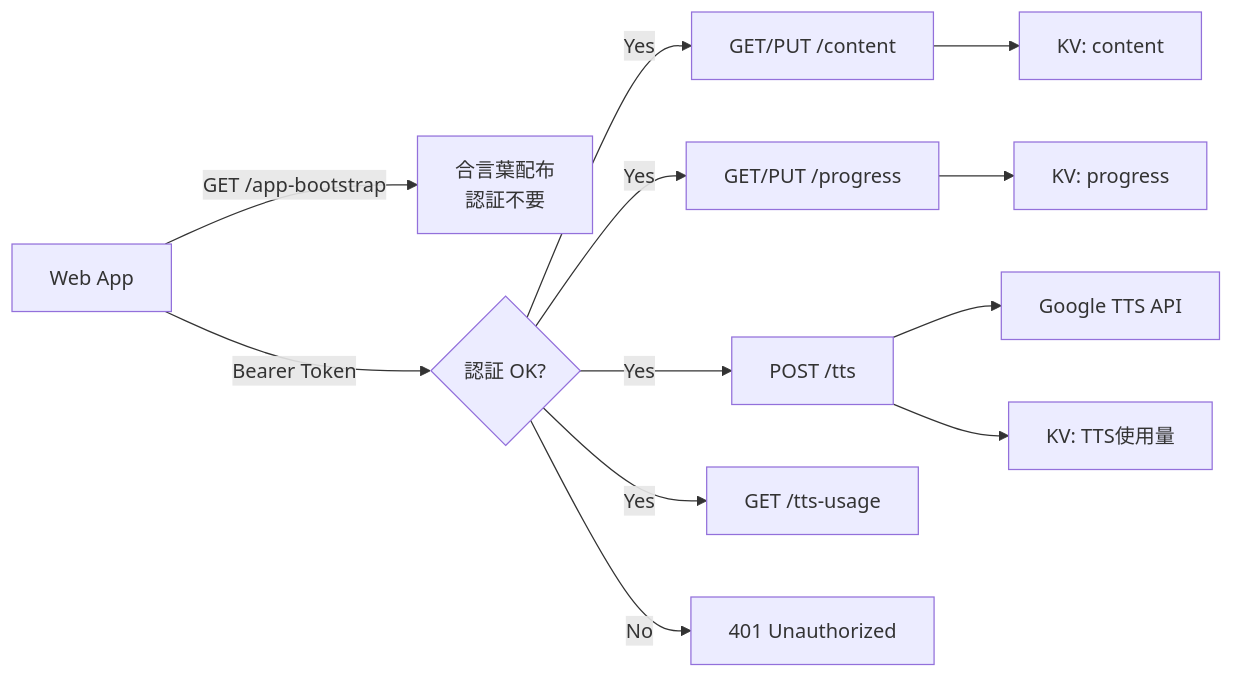
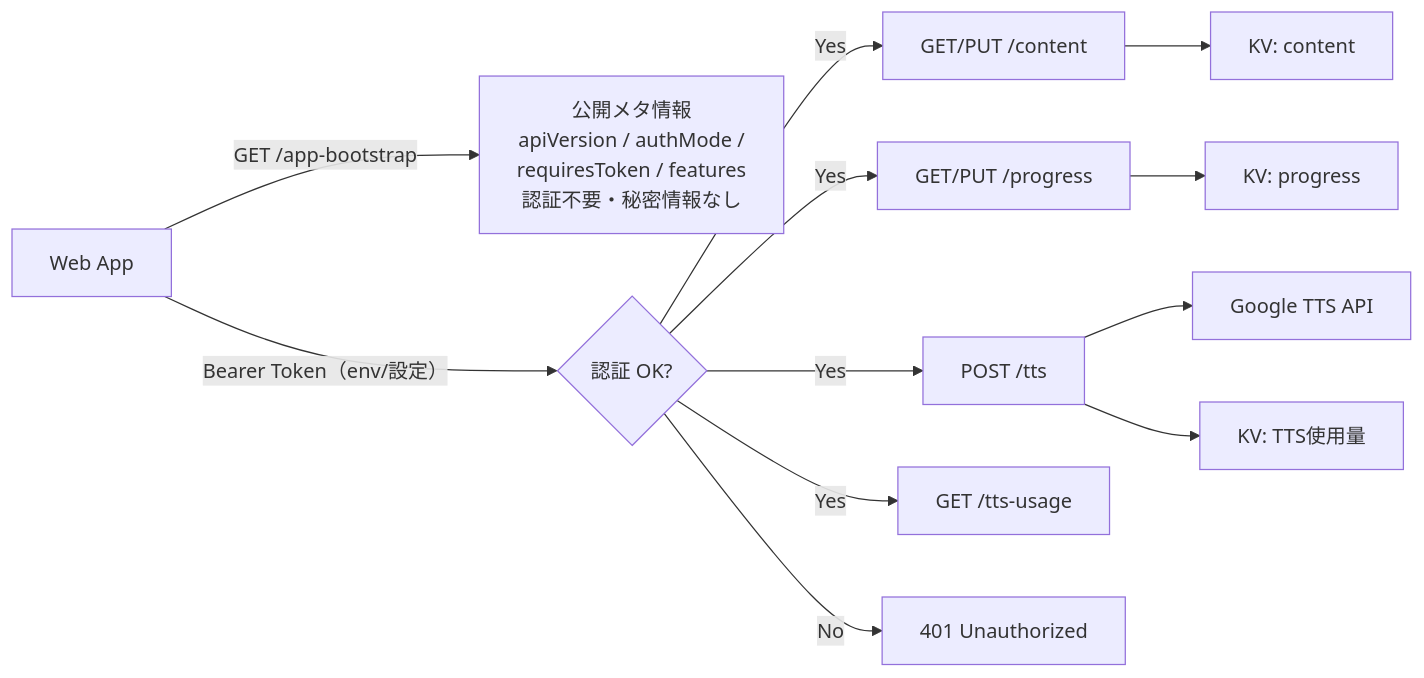
Before and after one commit to ByungsooLee/ielts-study: the fourth of 9 diagrams in docs/システム構成.md, drawn with Mermaid. The commit also changed other lines of this file and 6 other files, not shown here.

````diff
--- a/docs/システム構成.md
+++ b/docs/システム構成.md
@@ -138,18 +138,18 @@
 ```mermaid
 flowchart LR
   CLIENT["Web App"]
 
-  CLIENT -->|"GET /app-bootstrap"| BOOT["合言葉配布<br/>認証不要"]
-  CLIENT -->|"Bearer Token"| AUTH{認証 OK?}
+  CLIENT -->|"GET /app-bootstrap"| BOOT["公開メタ情報<br/>apiVersion / authMode /<br/>requiresToken / features<br/>認証不要・秘密情報なし"]
+  CLIENT -->|"Bearer Token（env/設定）"| AUTH{認証 OK?}
 
   AUTH -->|Yes| C["GET/PUT /content"]
   AUTH -->|Yes| PR["GET/PUT /progress"]
   AUTH -->|Yes| TTS["POST /tts"]
   AUTH -->|Yes| USAGE["GET /tts-usage"]
   AUTH -->|No| UNAUTH["401 Unauthorized"]
 
   C --> KV_C["KV: content"]
   PR --> KV_P["KV: progress"]
   TTS --> GOOGLE["Google TTS API"]
   TTS --> KV_U["KV: TTS使用量"]
 ```
````
